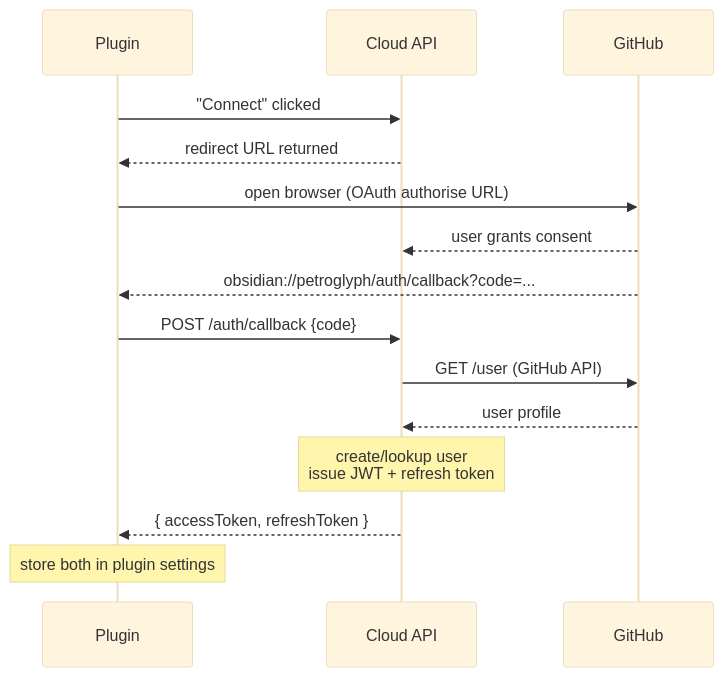
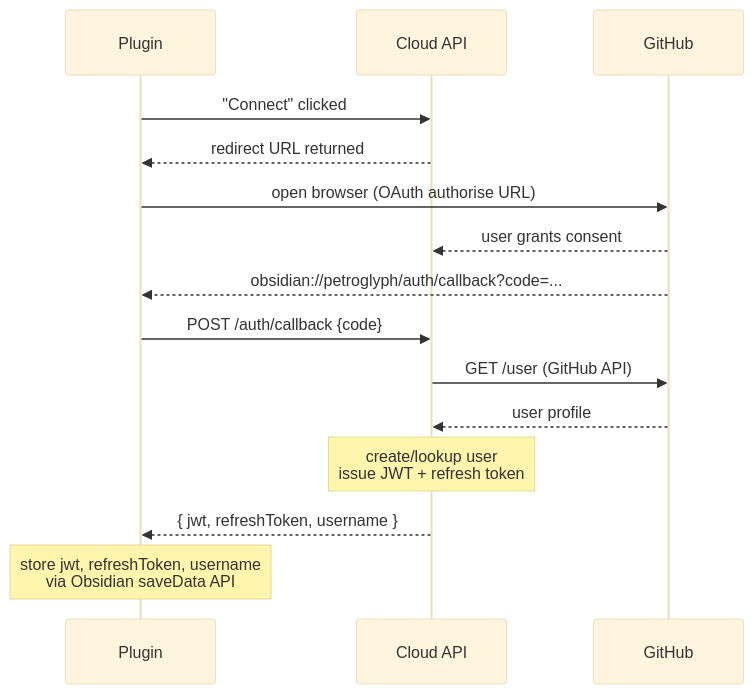
The first of 3 diagrams in docs/authentication.md (jaybeeuu/petroglyph), drawn with Mermaid (base theme) before and after one commit. The commit also changed other lines of this file and 1 other file, not shown here.

First line of the commit message:
docs: update auth flow response fields and add plugin dev notes

````diff
--- a/docs/authentication.md
+++ b/docs/authentication.md
@@ -27,18 +27,18 @@
 ```mermaid
 sequenceDiagram
     participant Plugin
     participant CloudAPI as Cloud API
     participant GitHub
 
     Plugin->>CloudAPI: "Connect" clicked
     CloudAPI-->>Plugin: redirect URL returned
     Plugin->>GitHub: open browser (OAuth authorise URL)
     GitHub-->>CloudAPI: user grants consent
     GitHub-->>Plugin: obsidian://petroglyph/auth/callback?code=...
     Plugin->>CloudAPI: POST /auth/callback {code}
     CloudAPI->>GitHub: GET /user (GitHub API)
     GitHub-->>CloudAPI: user profile
     Note over CloudAPI: create/lookup user<br/>issue JWT + refresh token
-    CloudAPI-->>Plugin: { accessToken, refreshToken }
-    Note over Plugin: store both in plugin settings
+    CloudAPI-->>Plugin: { jwt, refreshToken, username }
+    Note over Plugin: store jwt, refreshToken, username<br/>via Obsidian saveData API
 ```
````
